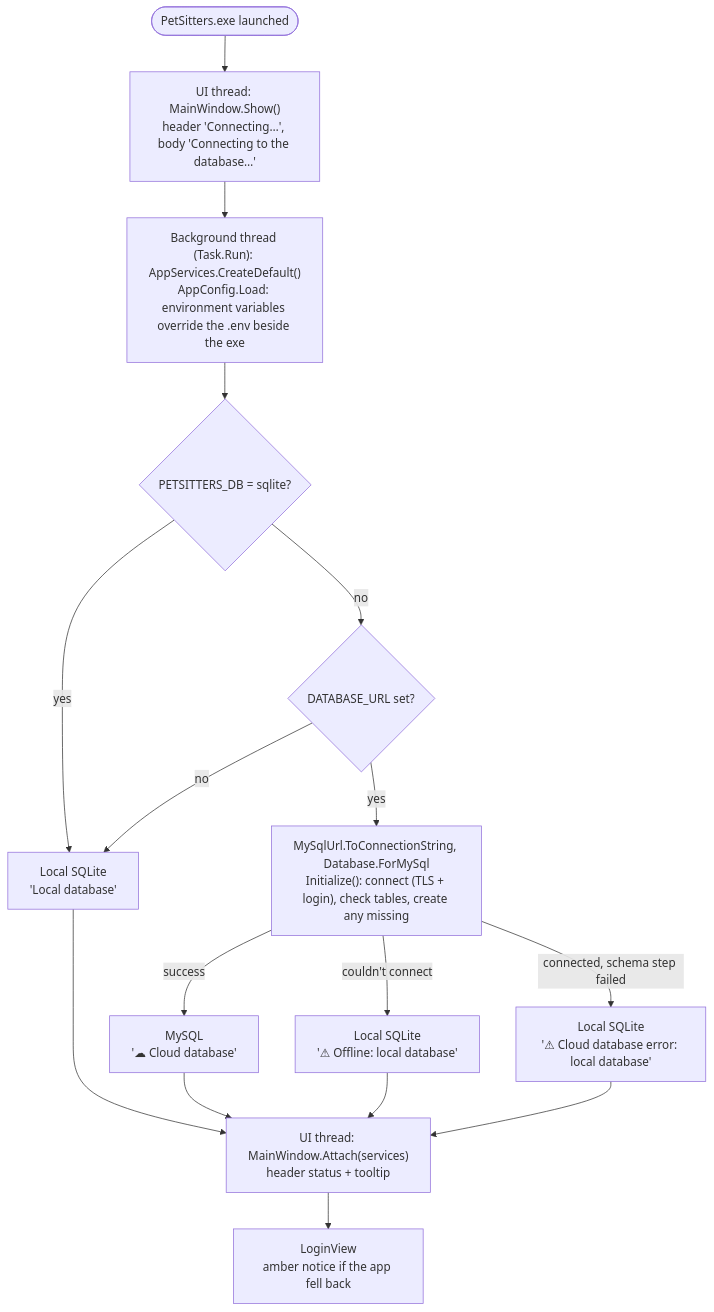
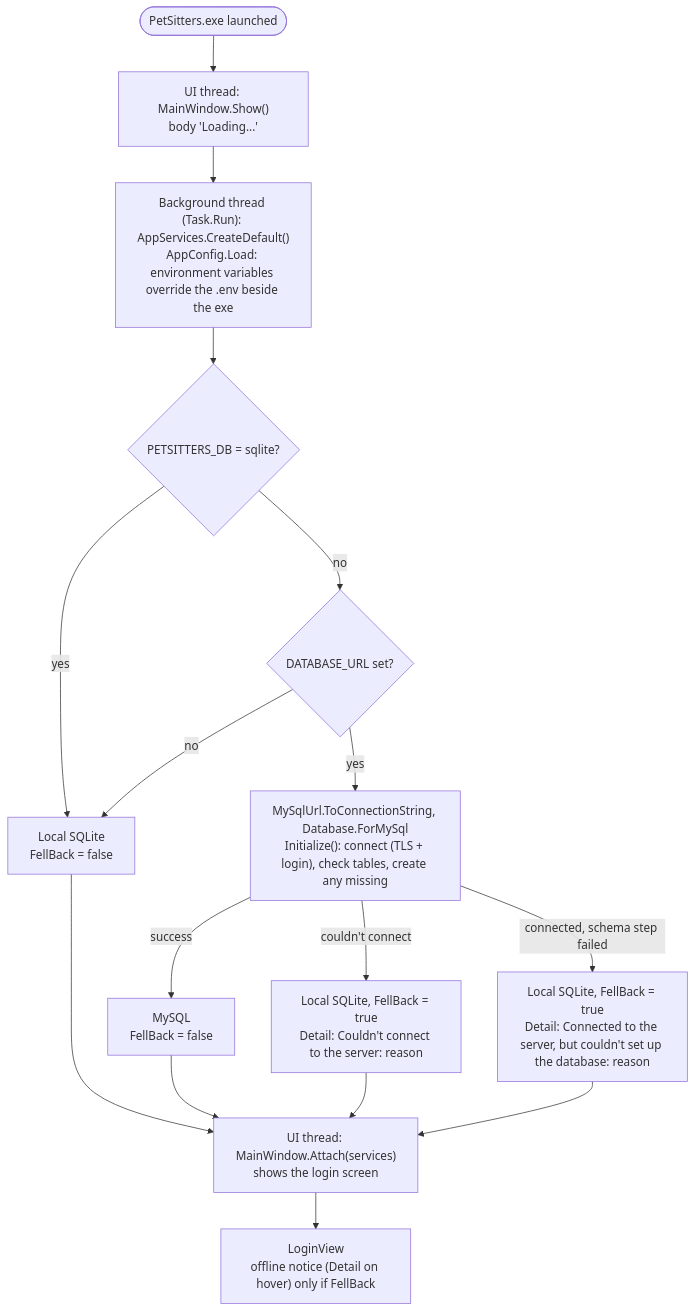
Before and after one commit to Misterdynamite/PetSitters: the third of 4 diagrams in docs/Architecture.md, drawn with Mermaid. The commit also changed other lines of this file and 20 other files, not shown here.

Commit message:
Plain UI wording, database status removed from the header

````diff
--- a/docs/Architecture.md
+++ b/docs/Architecture.md
@@ -285,18 +288,18 @@
 ```mermaid
 flowchart TD
-    START(["PetSitters.exe launched"]) --> SHOW["UI thread: MainWindow.Show()<br/>header 'Connecting…', body 'Connecting to the database…'"]
+    START(["PetSitters.exe launched"]) --> SHOW["UI thread: MainWindow.Show()<br/>body 'Loading...'"]
     SHOW --> BG["Background thread (Task.Run): AppServices.CreateDefault()<br/>AppConfig.Load: environment variables override the .env beside the exe"]
     BG --> FORCED{"PETSITTERS_DB = sqlite?"}
-    FORCED -- yes --> LOCAL["Local SQLite<br/>'Local database'"]
+    FORCED -- yes --> LOCAL["Local SQLite<br/>FellBack = false"]
     FORCED -- no --> URLSET{"DATABASE_URL set?"}
     URLSET -- no --> LOCAL
     URLSET -- yes --> TRY["MySqlUrl.ToConnectionString, Database.ForMySql<br/>Initialize(): connect (TLS + login), check tables, create any missing"]
-    TRY -- success --> CLOUD["MySQL<br/>'☁ Cloud database'"]
-    TRY -- "couldn't connect" --> OFF["Local SQLite<br/>'⚠ Offline: local database'"]
-    TRY -- "connected, schema step failed" --> ERR["Local SQLite<br/>'⚠ Cloud database error: local database'"]
-    LOCAL --> ATTACH["UI thread: MainWindow.Attach(services)<br/>header status + tooltip"]
+    TRY -- success --> CLOUD["MySQL<br/>FellBack = false"]
+    TRY -- "couldn't connect" --> OFF["Local SQLite, FellBack = true<br/>Detail: Couldn't connect to the server: reason"]
+    TRY -- "connected, schema step failed" --> ERR["Local SQLite, FellBack = true<br/>Detail: Connected to the server, but couldn't set up the database: reason"]
+    LOCAL --> ATTACH["UI thread: MainWindow.Attach(services)<br/>shows the login screen"]
     CLOUD --> ATTACH
     OFF --> ATTACH
     ERR --> ATTACH
-    ATTACH --> LOGIN["LoginView<br/>amber notice if the app fell back"]
+    ATTACH --> LOGIN["LoginView<br/>offline notice (Detail on hover) only if FellBack"]
 ```
````
